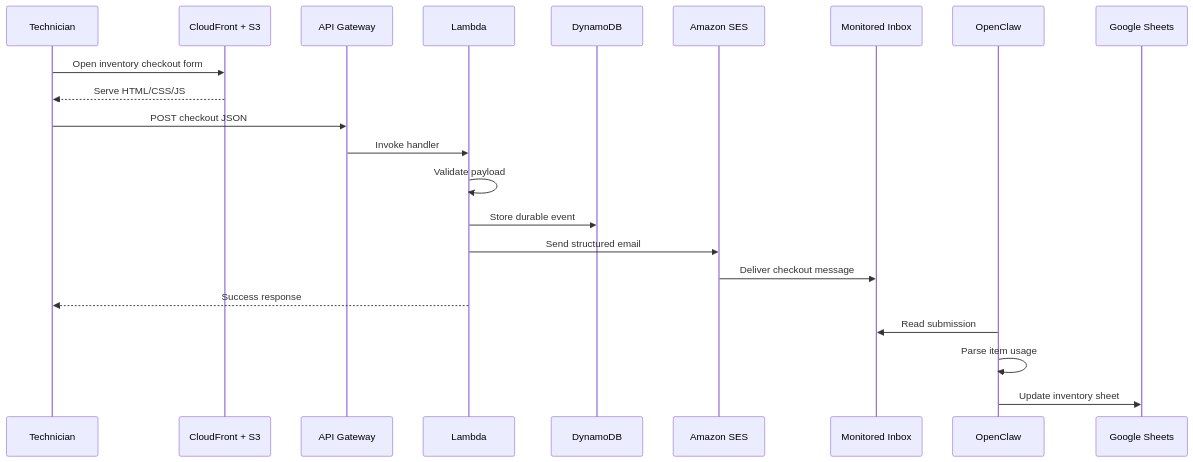
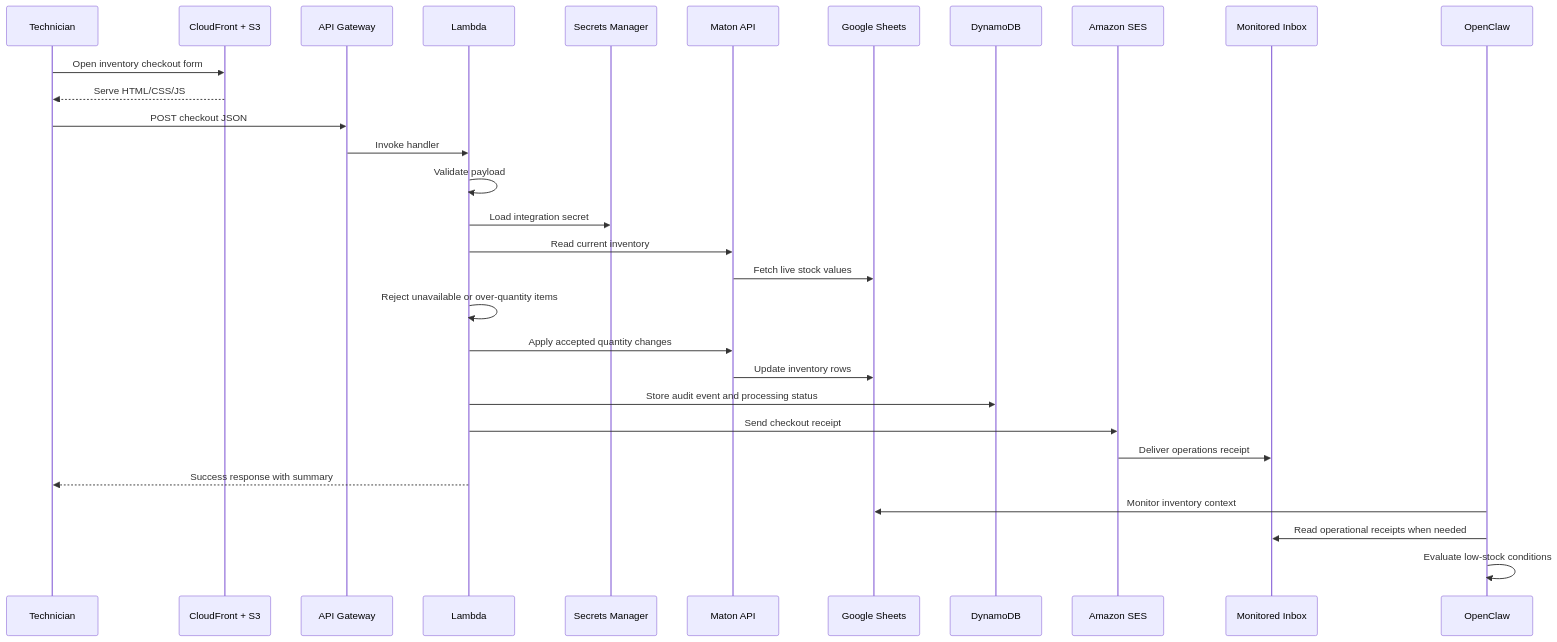
One commit to iamMichaelSmith/MiracleMethodInventory changed the second of 3 diagrams in README.md. Above: the diagram before and after it, drawn with Mermaid. The commit also changed other lines of this file and 1 other file, not shown here.

Commit message:
Refresh architecture documentation and graphic

````diff
--- a/README.md
+++ b/README.md
@@ -149,25 +157,33 @@
 ```mermaid
 sequenceDiagram
     participant T as Technician
     participant FE as CloudFront + S3
     participant API as API Gateway
     participant L as Lambda
+    participant SM as Secrets Manager
+    participant M as Maton API
+    participant GS as Google Sheets
     participant DB as DynamoDB
     participant SES as Amazon SES
     participant INBOX as Monitored Inbox
     participant OC as OpenClaw
-    participant GS as Google Sheets
 
     T->>FE: Open inventory checkout form
     FE-->>T: Serve HTML/CSS/JS
     T->>API: POST checkout JSON
     API->>L: Invoke handler
     L->>L: Validate payload
-    L->>DB: Store durable event
-    L->>SES: Send structured email
-    SES->>INBOX: Deliver checkout message
-    L-->>T: Success response
-    OC->>INBOX: Read submission
-    OC->>OC: Parse item usage
-    OC->>GS: Update inventory sheet
+    L->>SM: Load integration secret
+    L->>M: Read current inventory
+    M->>GS: Fetch live stock values
+    L->>L: Reject unavailable or over-quantity items
+    L->>M: Apply accepted quantity changes
+    M->>GS: Update inventory rows
+    L->>DB: Store audit event and processing status
+    L->>SES: Send checkout receipt
+    SES->>INBOX: Deliver operations receipt
+    L-->>T: Success response with summary
+    OC->>GS: Monitor inventory context
+    OC->>INBOX: Read operational receipts when needed
+    OC->>OC: Evaluate low-stock conditions
 ```
````
